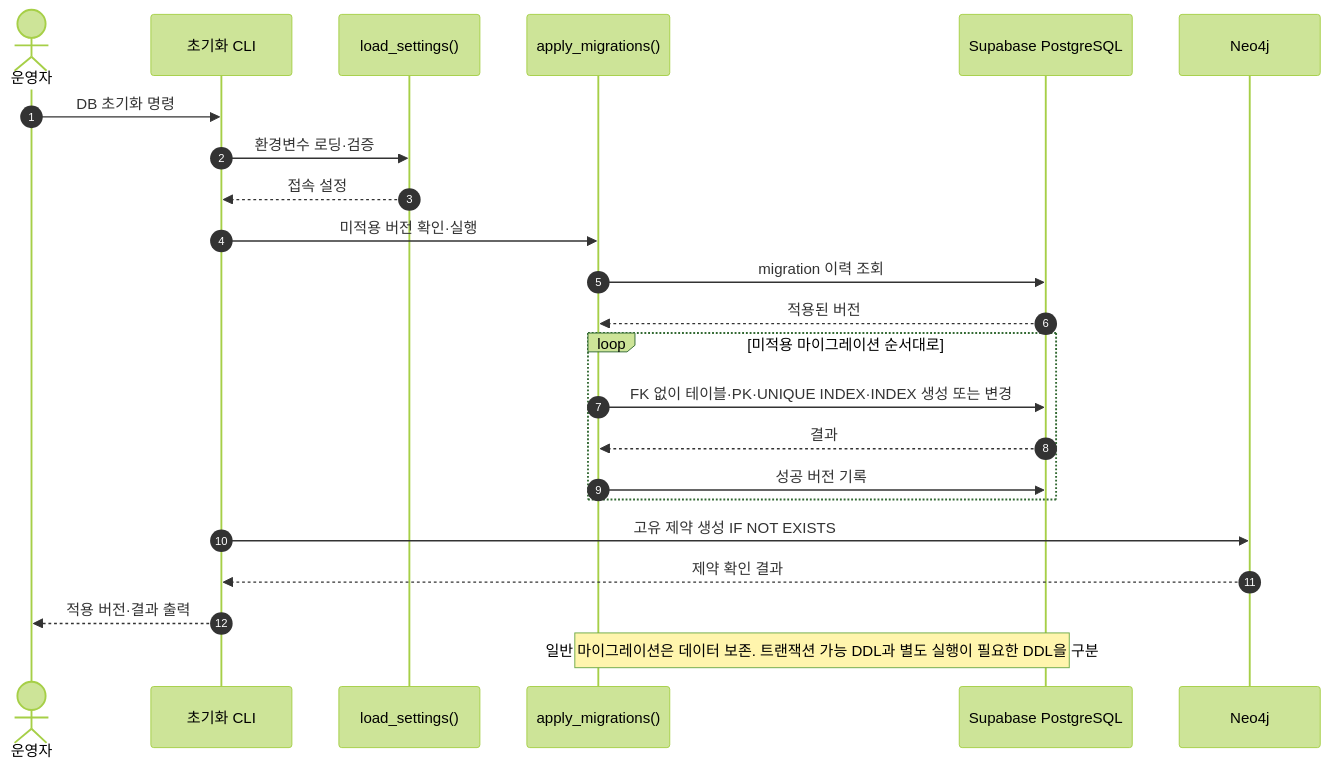
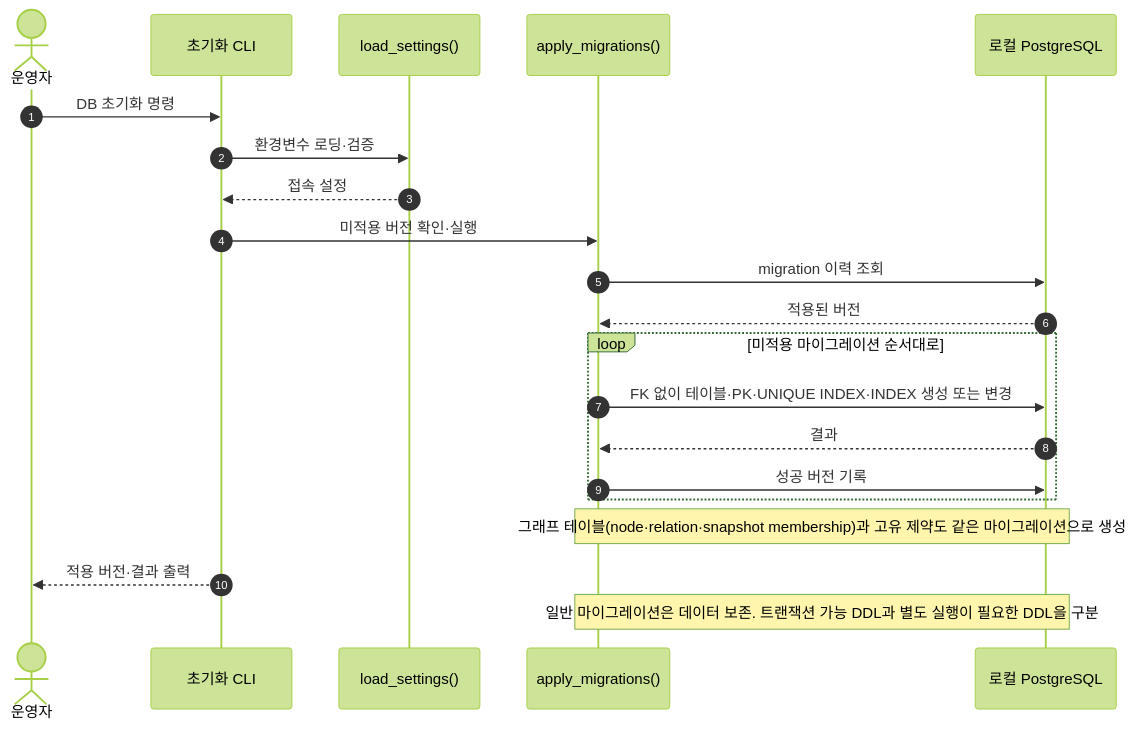
One commit to mykim711231/NewsContext changed the fourth of 17 diagrams in docs/sequences.md. Above: the diagram before and after it, drawn with Mermaid (forest theme). The commit also changed other lines of this file and 11 other files, not shown here.

First line of the commit message:
docs: store KG in local PostgreSQL graph tables, drop Neo4j

````diff
--- a/docs/sequences.md
+++ b/docs/sequences.md
@@ -135,25 +138,23 @@
 ```mermaid
 sequenceDiagram
     autonumber
     actor Operator as 운영자
     participant CLI as 초기화 CLI
     participant Config as load_settings()
     participant Migration as apply_migrations()
-    participant DB as Supabase PostgreSQL
-    participant KG as Neo4j
+    participant DB as 로컬 PostgreSQL
     Operator->>CLI: DB 초기화 명령
     CLI->>Config: 환경변수 로딩·검증
     Config-->>CLI: 접속 설정
     CLI->>Migration: 미적용 버전 확인·실행
     Migration->>DB: migration 이력 조회
     DB-->>Migration: 적용된 버전
     loop 미적용 마이그레이션 순서대로
         Migration->>DB: FK 없이 테이블·PK·UNIQUE INDEX·INDEX 생성 또는 변경
         DB-->>Migration: 결과
         Migration->>DB: 성공 버전 기록
     end
-    CLI->>KG: 고유 제약 생성 IF NOT EXISTS
-    KG-->>CLI: 제약 확인 결과
+    Note over Migration,DB: 그래프 테이블(node·relation·snapshot membership)과 고유 제약도 같은 마이그레이션으로 생성
     CLI-->>Operator: 적용 버전·결과 출력
     Note over Migration,DB: 일반 마이그레이션은 데이터 보존. 트랜잭션 가능 DDL과 별도 실행이 필요한 DDL을 구분
 ```
````
